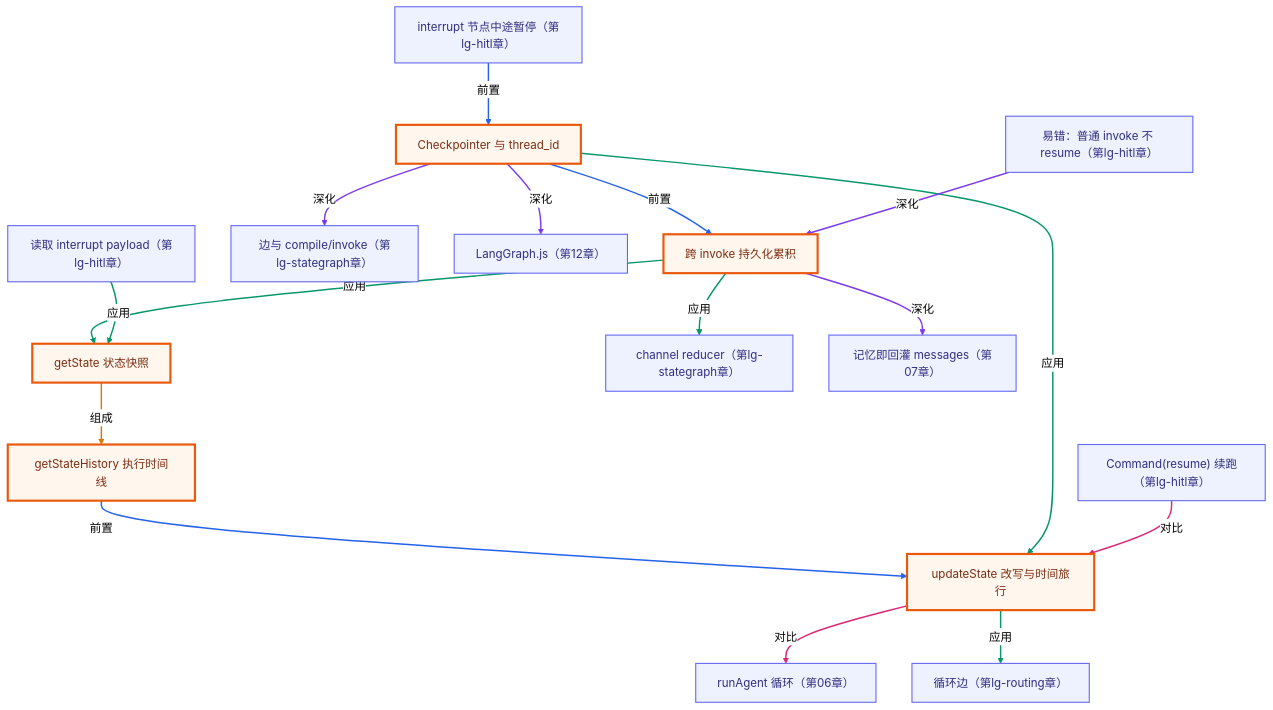
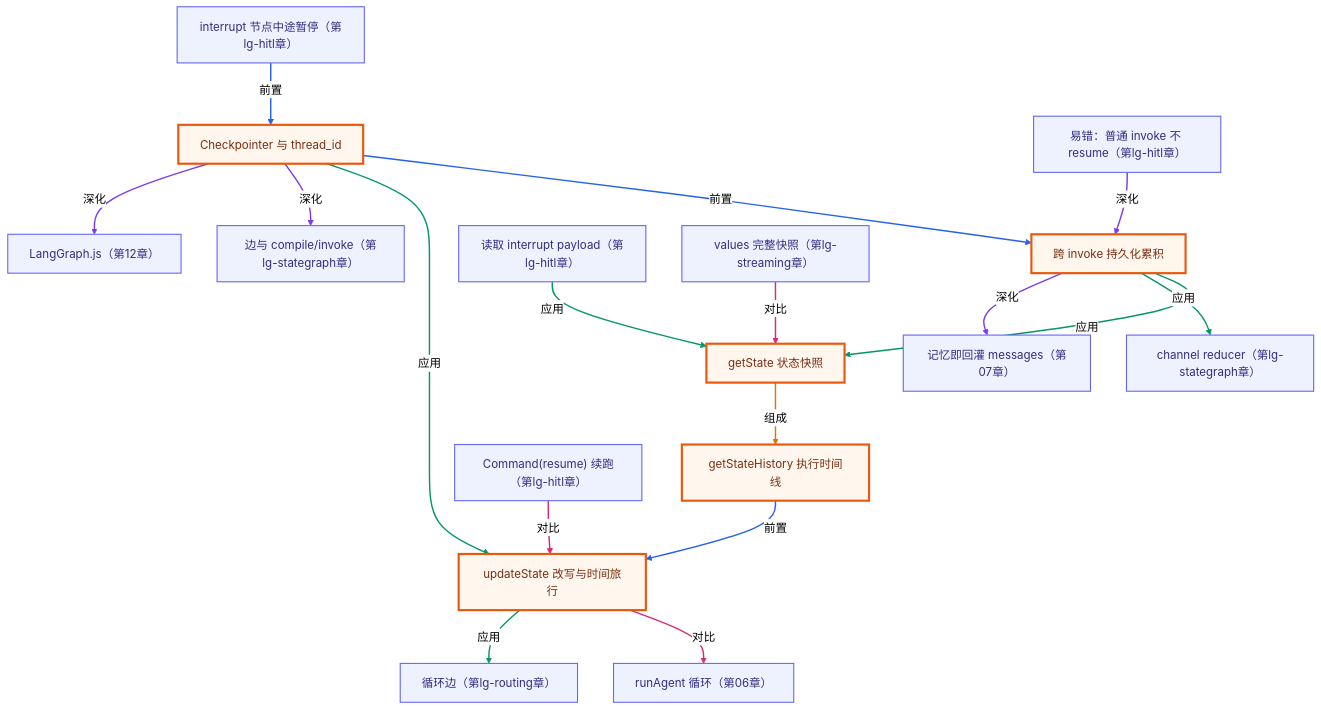
Before and after one commit to songuu/agent: the second of 2 diagrams in langgraph-advanced/03-checkpointing/README.md, drawn with Mermaid (neutral theme). The commit also changed other lines of this file and 36 other files, not shown here.

First line of the commit message:
feat(docs): introduce 2026 Agent trends and architecture framework

````diff
--- a/langgraph-advanced/03-checkpointing/README.md
+++ b/langgraph-advanced/03-checkpointing/README.md
@@ -169,52 +169,55 @@
 ```mermaid
 graph TB
   classDef own fill:#fff7ed,stroke:#ea580c,stroke-width:3px,color:#7c2d12;
   classDef cross fill:#eef2ff,stroke:#6366f1,stroke-width:1.5px,color:#312e81;
   n_lgcp_checkpointer["Checkpointer 与 thread_id"]
   n_lgcp_persist_accumulate["跨 invoke 持久化累积"]
   n_lgcp_getstate["getState 状态快照"]
   n_lgcp_history["getStateHistory 执行时间线"]
   n_lgcp_time_travel["updateState 改写与时间旅行"]
   n_lgsg_edges_compile["边与 compile/invoke（第lg-stategraph章）"]
   n_lgsg_reducer["channel reducer（第lg-stategraph章）"]
   n_c07_conversation_as_array["记忆即回灌 messages（第07章）"]
   n_c06_run_agent_loop["runAgent 循环（第06章）"]
   n_lgrt_loop["循环边（第lg-routing章）"]
   n_c12_langgraph["LangGraph.js（第12章）"]
   n_lghitl_interrupt["interrupt 节点中途暂停（第lg-hitl章）"]
   n_lghitl_read_payload["读取 interrupt payload（第lg-hitl章）"]
   n_lghitl_command_resume["Command(resume) 续跑（第lg-hitl章）"]
   n_lghitl_plain_invoke_pitfall["易错：普通 invoke 不 resume（第lg-hitl章）"]
+  n_lges_values_snapshot["values 完整快照（第lg-streaming章）"]
   n_lgcp_checkpointer -->|前置| n_lgcp_persist_accumulate
   n_lgcp_persist_accumulate -->|应用| n_lgcp_getstate
   n_lgcp_getstate -->|组成| n_lgcp_history
   n_lgcp_history -->|前置| n_lgcp_time_travel
   n_lgcp_checkpointer -->|应用| n_lgcp_time_travel
   n_lgcp_checkpointer -->|深化| n_lgsg_edges_compile
   n_lgcp_persist_accumulate -->|应用| n_lgsg_reducer
   n_lgcp_persist_accumulate -->|深化| n_c07_conversation_as_array
   n_lgcp_time_travel -->|对比| n_c06_run_agent_loop
   n_lgcp_time_travel -->|应用| n_lgrt_loop
   n_lgcp_checkpointer -->|深化| n_c12_langgraph
   n_lghitl_interrupt -->|前置| n_lgcp_checkpointer
   n_lghitl_read_payload -->|应用| n_lgcp_getstate
   n_lghitl_command_resume -->|对比| n_lgcp_time_travel
   n_lghitl_plain_invoke_pitfall -->|深化| n_lgcp_persist_accumulate
+  n_lges_values_snapshot -->|对比| n_lgcp_getstate
   class n_lgcp_checkpointer,n_lgcp_persist_accumulate,n_lgcp_getstate,n_lgcp_history,n_lgcp_time_travel own;
-  class n_lgsg_edges_compile,n_lgsg_reducer,n_c07_conversation_as_array,n_c06_run_agent_loop,n_lgrt_loop,n_c12_langgraph,n_lghitl_interrupt,n_lghitl_read_payload,n_lghitl_command_resume,n_lghitl_plain_invoke_pitfall cross;
+  class n_lgsg_edges_compile,n_lgsg_reducer,n_c07_conversation_as_array,n_c06_run_agent_loop,n_lgrt_loop,n_c12_langgraph,n_lghitl_interrupt,n_lghitl_read_payload,n_lghitl_command_resume,n_lghitl_plain_invoke_pitfall,n_lges_values_snapshot cross;
   linkStyle 0 stroke:#2563eb,stroke-width:2px;
   linkStyle 1 stroke:#059669,stroke-width:2px;
   linkStyle 2 stroke:#d97706,stroke-width:2px;
   linkStyle 3 stroke:#2563eb,stroke-width:2px;
   linkStyle 4 stroke:#059669,stroke-width:2px;
   linkStyle 5 stroke:#7c3aed,stroke-width:2px;
   linkStyle 6 stroke:#059669,stroke-width:2px;
   linkStyle 7 stroke:#7c3aed,stroke-width:2px;
   linkStyle 8 stroke:#db2777,stroke-width:2px;
   linkStyle 9 stroke:#059669,stroke-width:2px;
   linkStyle 10 stroke:#7c3aed,stroke-width:2px;
   linkStyle 11 stroke:#2563eb,stroke-width:2px;
   linkStyle 12 stroke:#059669,stroke-width:2px;
   linkStyle 13 stroke:#db2777,stroke-width:2px;
   linkStyle 14 stroke:#7c3aed,stroke-width:2px;
+  linkStyle 15 stroke:#db2777,stroke-width:2px;
 ```
````
